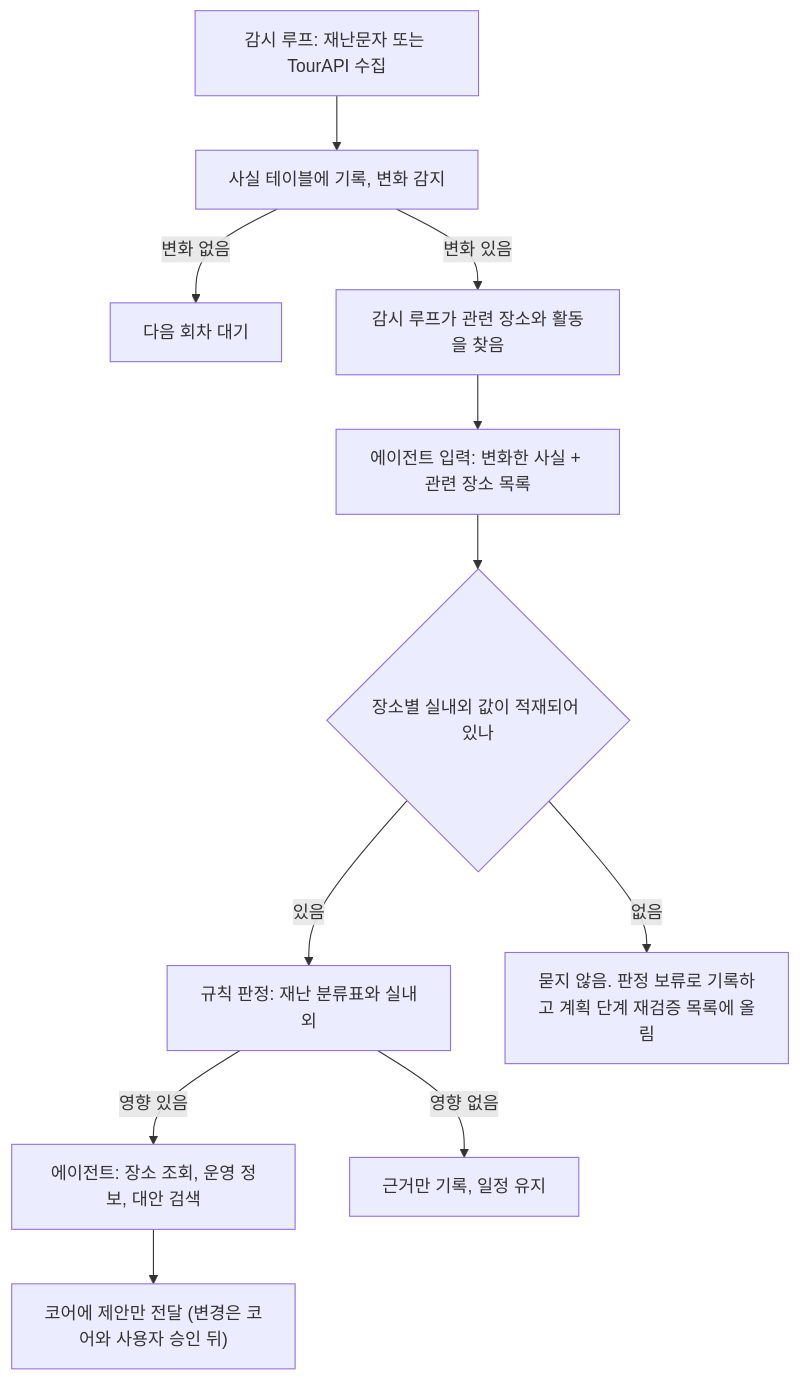
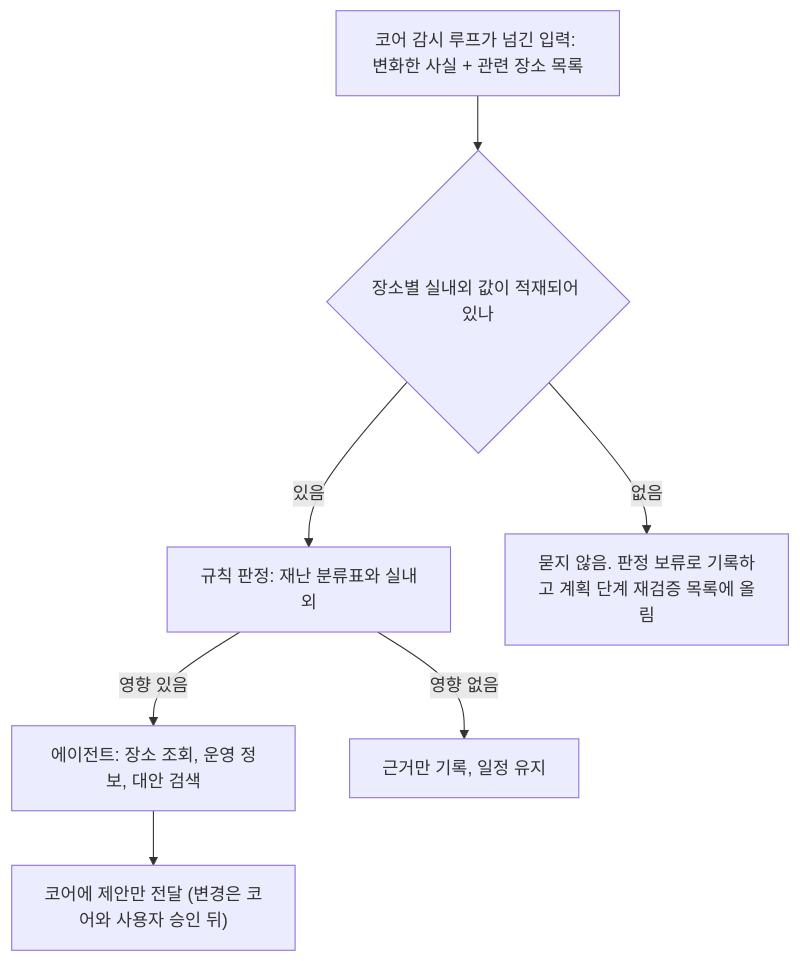
The second of 4 diagrams in final_project_cs/wiki/teams/Activity_구현계획서.md (SKNETWORKS-FAMILY-AICAMP/SKN32-FINAL-6TEAM), drawn with Mermaid before and after one commit. The commit also changed other lines of this file, not shown here.

````diff
--- a/final_project_cs/wiki/teams/Activity_구현계획서.md
+++ b/final_project_cs/wiki/teams/Activity_구현계획서.md
@@ -150,13 +153,10 @@
 ```mermaid
 flowchart TD
-    S1["감시 루프: 재난문자 또는 TourAPI 수집"] --> T["사실 테이블에 기록, 변화 감지"]
-    T -->|변화 없음| W["다음 회차 대기"]
-    T -->|변화 있음| M["감시 루프가 관련 장소와 활동을 찾음"]
-    M --> I["에이전트 입력: 변화한 사실 + 관련 장소 목록"]
+    I["코어 감시 루프가 넘긴 입력: 변화한 사실 + 관련 장소 목록"]
     I --> G{"장소별 실내외 값이 적재되어 있나"}
     G -->|있음| Z["규칙 판정: 재난 분류표와 실내외"]
     G -->|없음| H["묻지 않음. 판정 보류로 기록하고 계획 단계 재검증 목록에 올림"]
     Z -->|영향 있음| A2["에이전트: 장소 조회, 운영 정보, 대안 검색"]
     Z -->|영향 없음| Y["근거만 기록, 일정 유지"]
     A2 --> O["코어에 제안만 전달 (변경은 코어와 사용자 승인 뒤)"]
 ```
````
